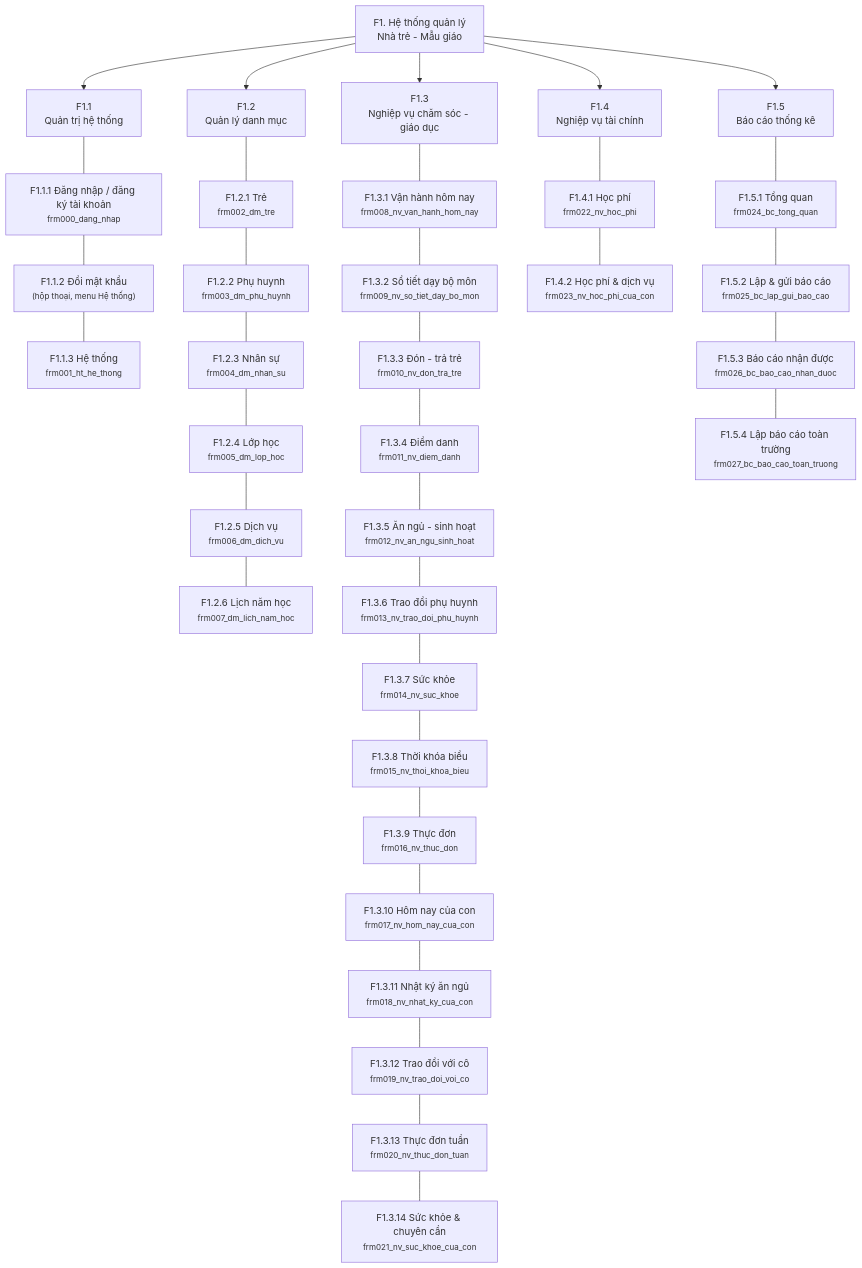
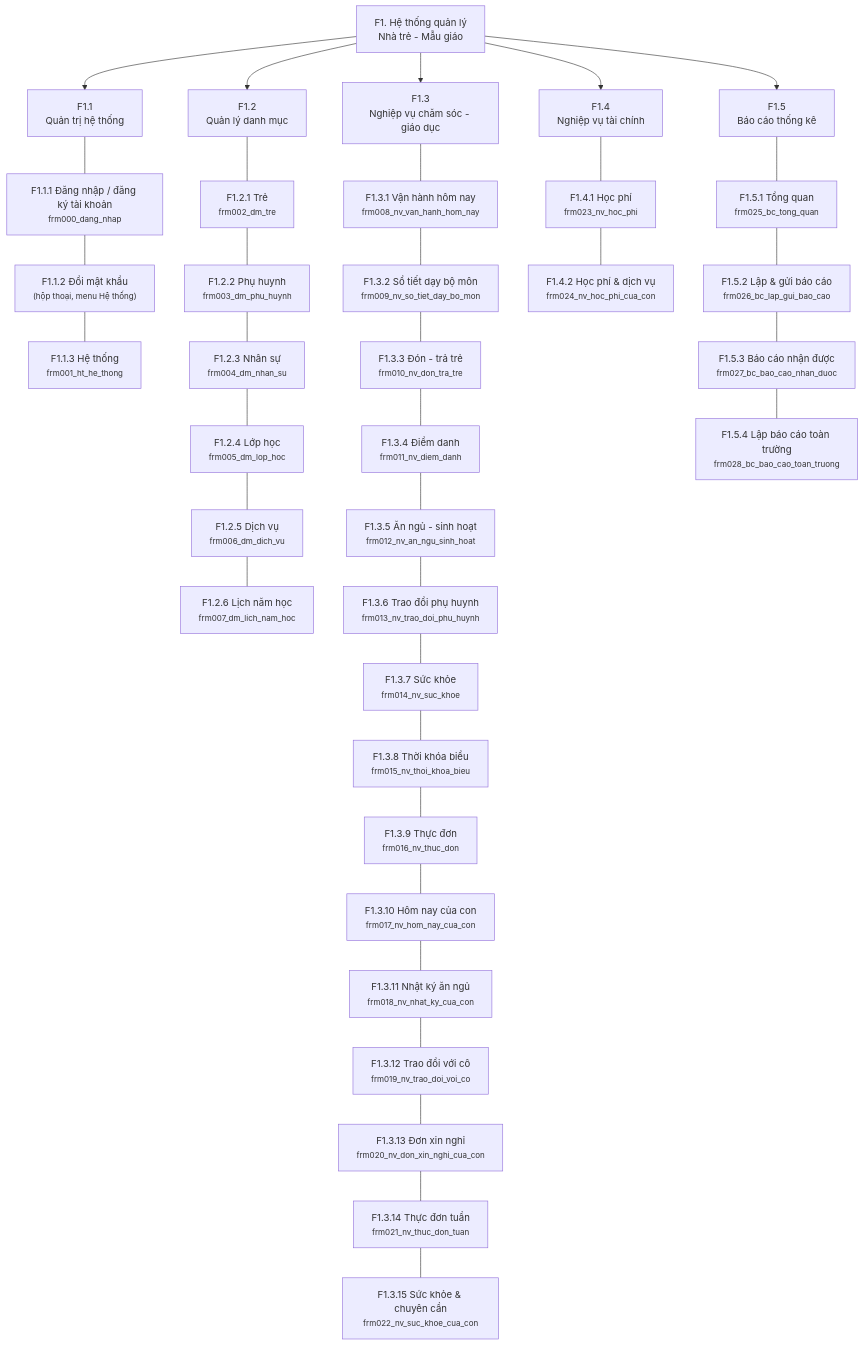
Before and after one commit to PhuPA26/Kindergarten-Management-System: the first of 3 diagrams in Resource/TaiLieu/02_PhanTich.md, drawn with Mermaid. The commit also changed other lines of this file and 14 other files, not shown here.

First line of the commit message:
Đơn xin nghỉ: phụ huynh tạo đơn, giáo viên chủ nhiệm duyệt / từ chối

````diff
--- a/Resource/TaiLieu/02_PhanTich.md
+++ b/Resource/TaiLieu/02_PhanTich.md
@@ -21,38 +21,39 @@
 ```mermaid
 flowchart TD
     F1["F1. Hệ thống quản lý<br/>Nhà trẻ - Mẫu giáo"]
     F1 --> F1_1["F1.1<br/>Quản trị hệ thống"]
     F1_1 --- F1_1_1["F1.1.1 Đăng nhập / đăng ký tài khoản<br/><small>frm000_dang_nhap</small>"]
     F1_1_1 --- F1_1_2["F1.1.2 Đổi mật khẩu<br/><small>(hộp thoại, menu Hệ thống)</small>"]
     F1_1_2 --- F1_1_3["F1.1.3 Hệ thống<br/><small>frm001_ht_he_thong</small>"]
     F1 --> F1_2["F1.2<br/>Quản lý danh mục"]
     F1_2 --- F1_2_1["F1.2.1 Trẻ<br/><small>frm002_dm_tre</small>"]
     F1_2_1 --- F1_2_2["F1.2.2 Phụ huynh<br/><small>frm003_dm_phu_huynh</small>"]
     F1_2_2 --- F1_2_3["F1.2.3 Nhân sự<br/><small>frm004_dm_nhan_su</small>"]
     F1_2_3 --- F1_2_4["F1.2.4 Lớp học<br/><small>frm005_dm_lop_hoc</small>"]
     F1_2_4 --- F1_2_5["F1.2.5 Dịch vụ<br/><small>frm006_dm_dich_vu</small>"]
     F1_2_5 --- F1_2_6["F1.2.6 Lịch năm học<br/><small>frm007_dm_lich_nam_hoc</small>"]
     F1 --> F1_3["F1.3<br/>Nghiệp vụ chăm sóc - giáo dục"]
     F1_3 --- F1_3_1["F1.3.1 Vận hành hôm nay<br/><small>frm008_nv_van_hanh_hom_nay</small>"]
     F1_3_1 --- F1_3_2["F1.3.2 Sổ tiết dạy bộ môn<br/><small>frm009_nv_so_tiet_day_bo_mon</small>"]
     F1_3_2 --- F1_3_3["F1.3.3 Đón - trả trẻ<br/><small>frm010_nv_don_tra_tre</small>"]
     F1_3_3 --- F1_3_4["F1.3.4 Điểm danh<br/><small>frm011_nv_diem_danh</small>"]
     F1_3_4 --- F1_3_5["F1.3.5 Ăn ngủ - sinh hoạt<br/><small>frm012_nv_an_ngu_sinh_hoat</small>"]
     F1_3_5 --- F1_3_6["F1.3.6 Trao đổi phụ huynh<br/><small>frm013_nv_trao_doi_phu_huynh</small>"]
     F1_3_6 --- F1_3_7["F1.3.7 Sức khỏe<br/><small>frm014_nv_suc_khoe</small>"]
     F1_3_7 --- F1_3_8["F1.3.8 Thời khóa biểu<br/><small>frm015_nv_thoi_khoa_bieu</small>"]
     F1_3_8 --- F1_3_9["F1.3.9 Thực đơn<br/><small>frm016_nv_thuc_don</small>"]
     F1_3_9 --- F1_3_10["F1.3.10 Hôm nay của con<br/><small>frm017_nv_hom_nay_cua_con</small>"]
     F1_3_10 --- F1_3_11["F1.3.11 Nhật ký ăn ngủ<br/><small>frm018_nv_nhat_ky_cua_con</small>"]
     F1_3_11 --- F1_3_12["F1.3.12 Trao đổi với cô<br/><small>frm019_nv_trao_doi_voi_co</small>"]
-    F1_3_12 --- F1_3_13["F1.3.13 Thực đơn tuần<br/><small>frm020_nv_thuc_don_tuan</small>"]
-    F1_3_13 --- F1_3_14["F1.3.14 Sức khỏe & chuyên cần<br/><small>frm021_nv_suc_khoe_cua_con</small>"]
+    F1_3_12 --- F1_3_13["F1.3.13 Đơn xin nghỉ<br/><small>frm020_nv_don_xin_nghi_cua_con</small>"]
+    F1_3_13 --- F1_3_14["F1.3.14 Thực đơn tuần<br/><small>frm021_nv_thuc_don_tuan</small>"]
+    F1_3_14 --- F1_3_15["F1.3.15 Sức khỏe & chuyên cần<br/><small>frm022_nv_suc_khoe_cua_con</small>"]
     F1 --> F1_4["F1.4<br/>Nghiệp vụ tài chính"]
-    F1_4 --- F1_4_1["F1.4.1 Học phí<br/><small>frm022_nv_hoc_phi</small>"]
-    F1_4_1 --- F1_4_2["F1.4.2 Học phí & dịch vụ<br/><small>frm023_nv_hoc_phi_cua_con</small>"]
+    F1_4 --- F1_4_1["F1.4.1 Học phí<br/><small>frm023_nv_hoc_phi</small>"]
+    F1_4_1 --- F1_4_2["F1.4.2 Học phí & dịch vụ<br/><small>frm024_nv_hoc_phi_cua_con</small>"]
     F1 --> F1_5["F1.5<br/>Báo cáo thống kê"]
-    F1_5 --- F1_5_1["F1.5.1 Tổng quan<br/><small>frm024_bc_tong_quan</small>"]
-    F1_5_1 --- F1_5_2["F1.5.2 Lập & gửi báo cáo<br/><small>frm025_bc_lap_gui_bao_cao</small>"]
-    F1_5_2 --- F1_5_3["F1.5.3 Báo cáo nhận được<br/><small>frm026_bc_bao_cao_nhan_duoc</small>"]
-    F1_5_3 --- F1_5_4["F1.5.4 Lập báo cáo toàn trường<br/><small>frm027_bc_bao_cao_toan_truong</small>"]
+    F1_5 --- F1_5_1["F1.5.1 Tổng quan<br/><small>frm025_bc_tong_quan</small>"]
+    F1_5_1 --- F1_5_2["F1.5.2 Lập & gửi báo cáo<br/><small>frm026_bc_lap_gui_bao_cao</small>"]
+    F1_5_2 --- F1_5_3["F1.5.3 Báo cáo nhận được<br/><small>frm027_bc_bao_cao_nhan_duoc</small>"]
+    F1_5_3 --- F1_5_4["F1.5.4 Lập báo cáo toàn trường<br/><small>frm028_bc_bao_cao_toan_truong</small>"]
 ```
````
